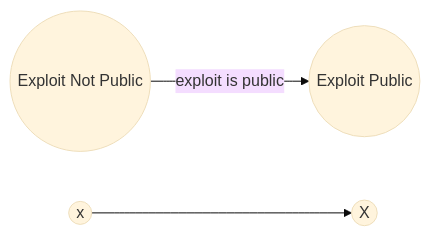
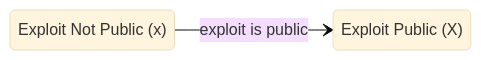
The fifth of 13 diagrams in docs/process_models/cs/index.md (CERTCC/Vultron), drawn with Mermaid (base theme) before and after one commit. The commit also changed other lines of this file, not shown here.

````diff
--- a/docs/process_models/cs/index.md
+++ b/docs/process_models/cs/index.md
@@ -156,9 +144,7 @@
 ```mermaid
-graph LR
-    x((Exploit Not Public))
-    X((Exploit Public))
-    x -->|exploit is public| X    
-    x2((x))
-    X2((X))
-    x2 --> X2
+stateDiagram-v2
+    direction LR
+    x : Exploit Not Public (x)
+    X : Exploit Public (X)
+    x --> X : exploit is public
 ```
````
